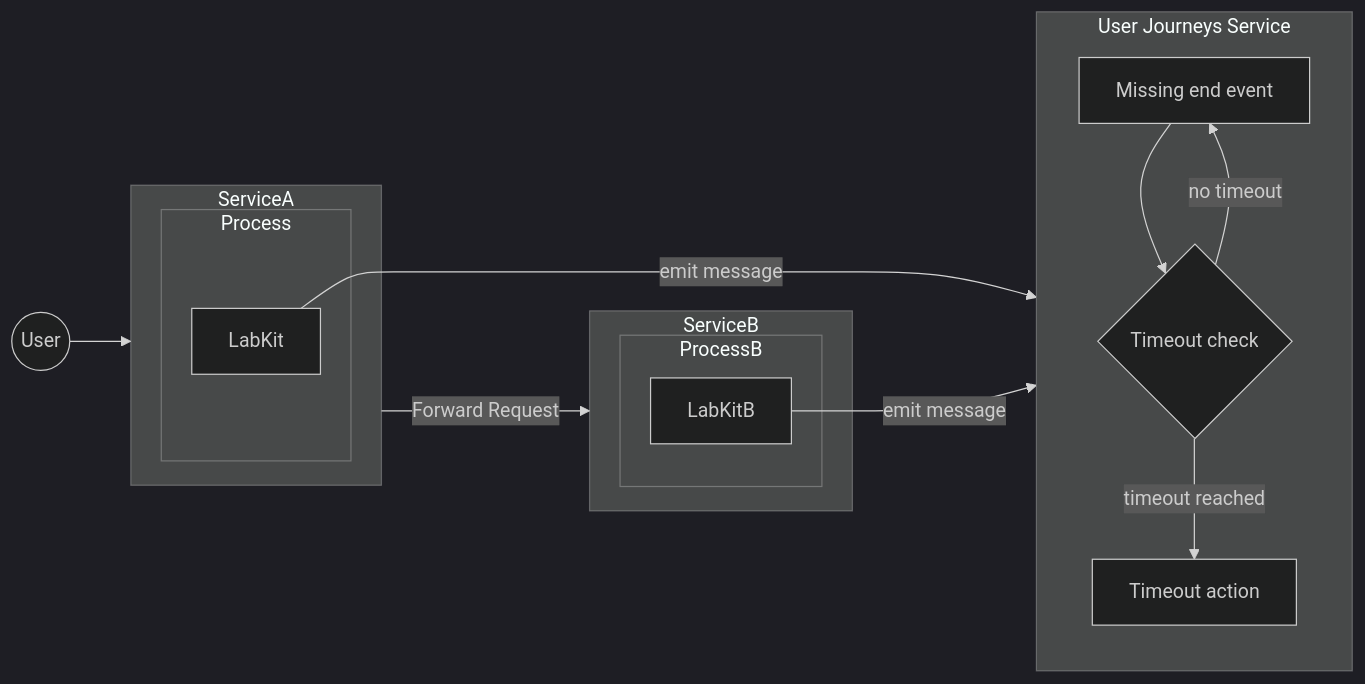
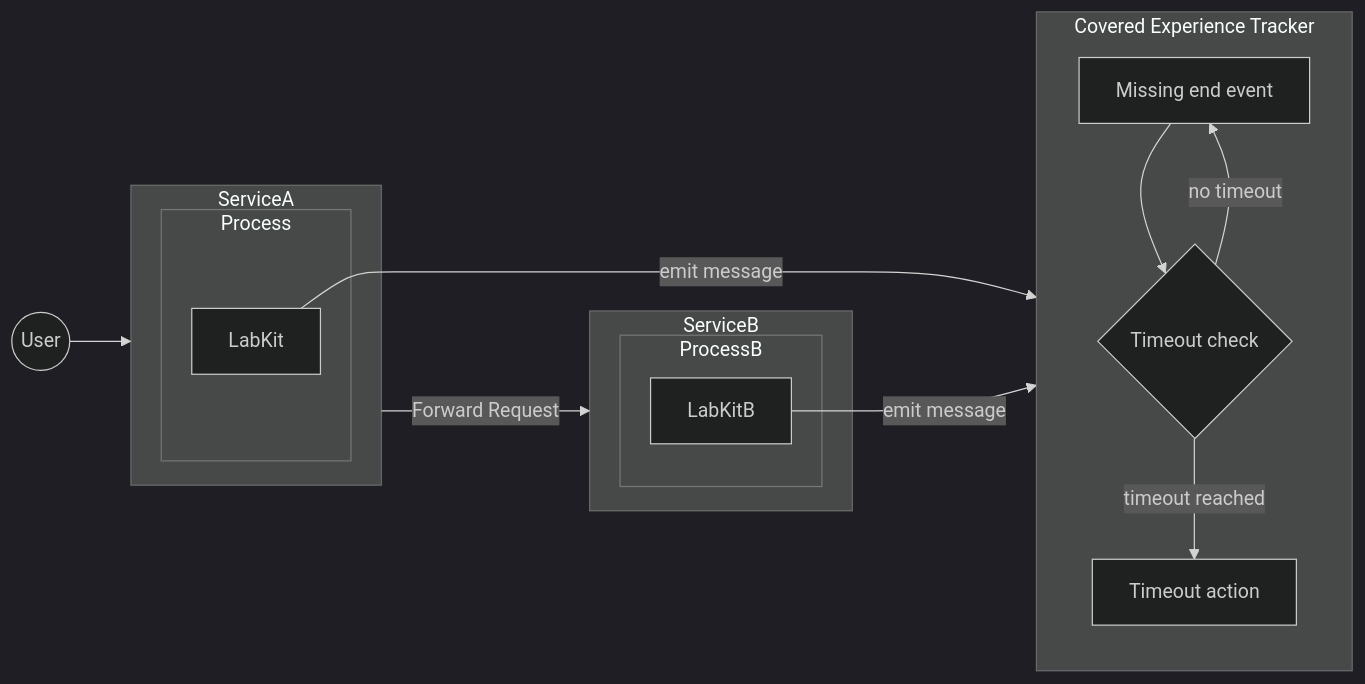
One commit to zalyoung/gitlab-handbook changed the first of 4 diagrams in content/handbook/engineering/architecture/design-documents/covered_experience_slis/_index.md. Above: the diagram before and after it, drawn with Mermaid (dark theme). The commit also changed other lines of this file, not shown here.

Commit message:
fix: Renaming user journey to covered experience on the rest of the document

````diff
--- a/content/handbook/engineering/architecture/design-documents/covered_experience_slis/_index.md
+++ b/content/handbook/engineering/architecture/design-documents/covered_experience_slis/_index.md
@@ -103,30 +101,30 @@
 ```mermaid
 flowchart LR
     User((User))
 
     subgraph ServiceA
         subgraph Process
             LabKit
         end
     end
     subgraph ServiceB
         subgraph ProcessB
             LabKitB
         end
     end
 
-    subgraph journeyService[User Journeys Service]
+    subgraph tracker[Covered Experience Tracker]
         missing_end[Missing end event]
         timeout_check{Timeout check}
         timeout_action[Timeout action]
 
         missing_end --> timeout_check
         timeout_check --no timeout--> missing_end
         timeout_check --timeout reached--> timeout_action
     end
 
     User --> ServiceA
-    LabKit --emit message--> journeyService
+    LabKit --emit message--> tracker
     ServiceA --Forward Request--> ServiceB
-    LabKitB --emit message--> journeyService
+    LabKitB --emit message--> tracker
 ```
````
